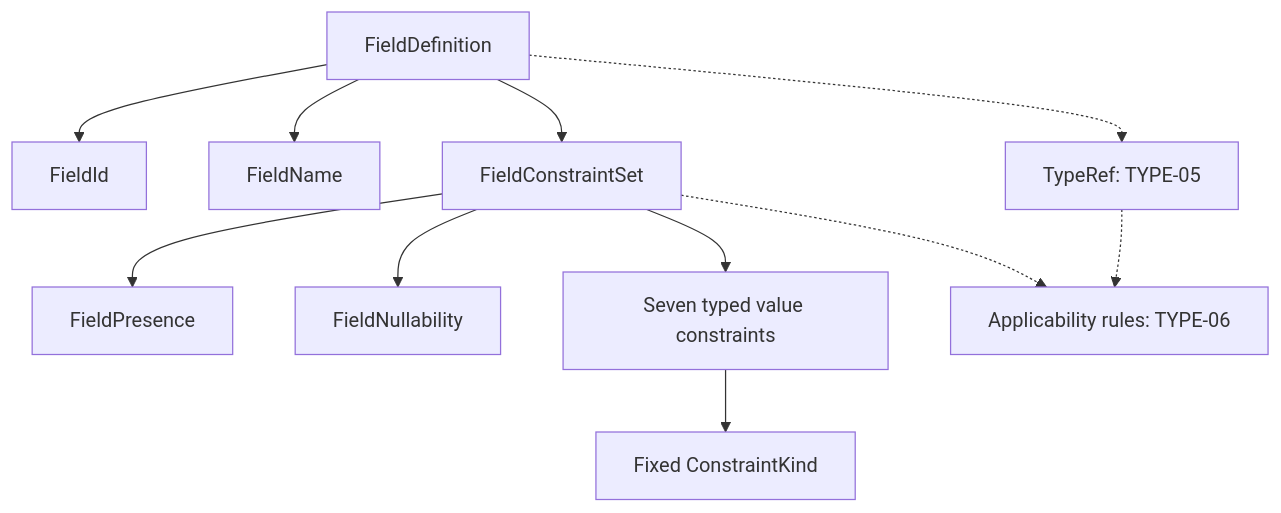
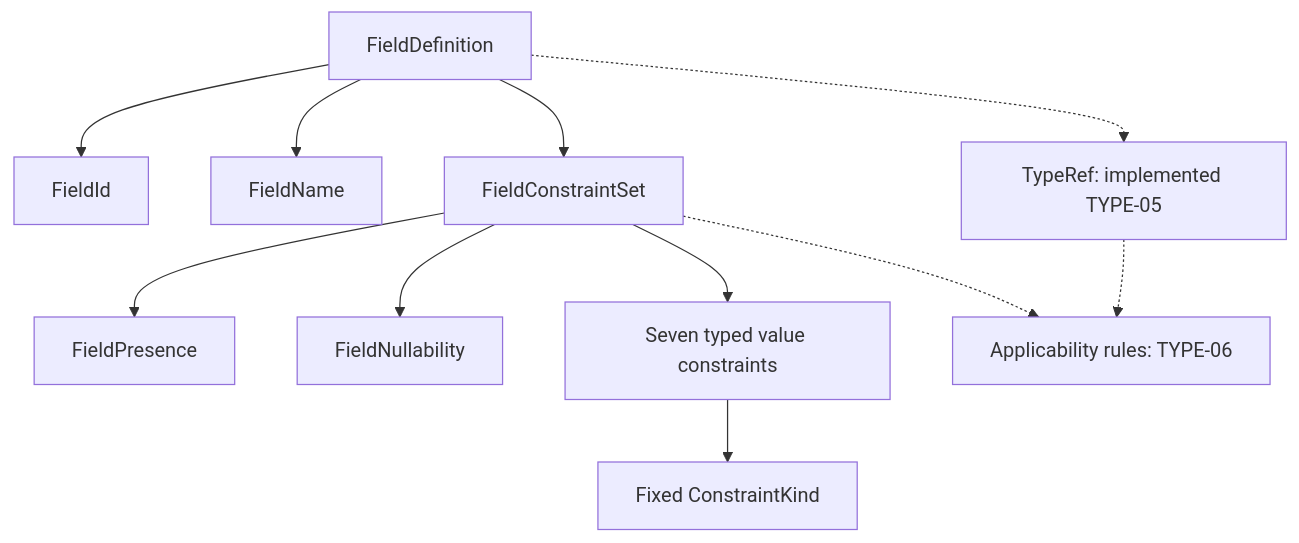
Before and after one commit to abokyan-ai/echosystem_enterprice_platform: the diagram in docs/model/field-constraints.md, drawn with Mermaid. The commit also changed other lines of this file and 24 other files, not shown here.

````diff
--- a/docs/model/field-constraints.md
+++ b/docs/model/field-constraints.md
@@ -118,13 +121,13 @@
 ```mermaid
 flowchart TD
     F["FieldDefinition"] --> I["FieldId"]
     F --> N["FieldName"]
     F --> C["FieldConstraintSet"]
     C --> P["FieldPresence"]
     C --> U["FieldNullability"]
     C --> V["Seven typed value constraints"]
     V --> K["Fixed ConstraintKind"]
-    F -.-> T["TypeRef: TYPE-05"]
+    F -.-> T["TypeRef: implemented TYPE-05"]
     T -.-> R["Applicability rules: TYPE-06"]
     C -.-> R
 ```
````
